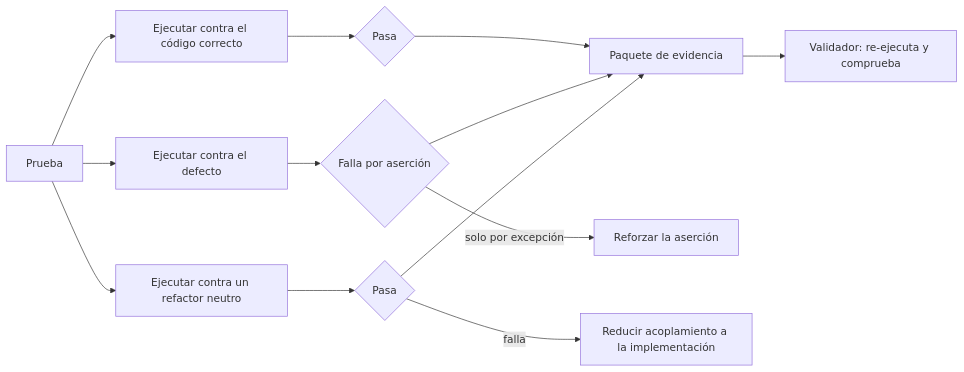
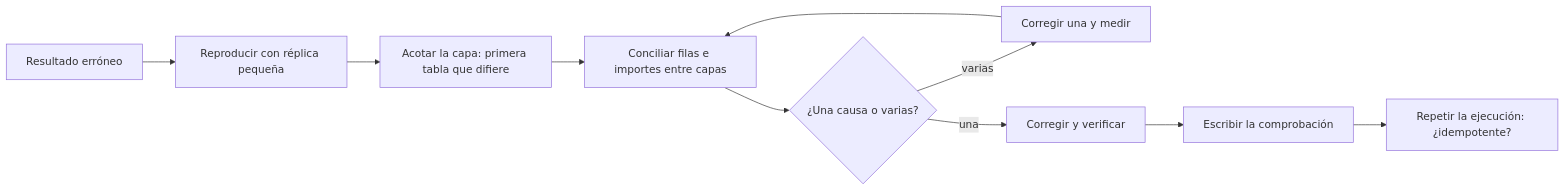
The diagram in content/part-30/SE-371.md (vladimiracunadev-create/modern-software-engineering-program), drawn with Mermaid before and after one commit. The commit also changed other lines of this file and 5193 other files, not shown here.

````diff
--- a/content/part-30/SE-371.md
+++ b/content/part-30/SE-371.md
@@ -56,15 +56,12 @@
 ```mermaid
 flowchart LR
-    A[Prueba] --> B[Ejecutar contra el código correcto]
-    A --> C[Ejecutar contra el defecto]
-    A --> D[Ejecutar contra un refactor neutro]
-    B --> E{Pasa}
-    C --> F{Falla por aserción}
-    D --> G{Pasa}
-    E --> H[Paquete de evidencia]
-    F --> H
-    G --> H
-    H --> I[Validador: re-ejecuta y comprueba]
-    F -->|solo por excepción| J[Reforzar la aserción]
-    G -->|falla| K[Reducir acoplamiento a la implementación]
+    A[Resultado erróneo] --> B[Reproducir con réplica pequeña]
+    B --> C[Acotar la capa: primera tabla que difiere]
+    C --> D[Conciliar filas e importes entre capas]
+    D --> E{¿Una causa o varias?}
+    E -->|varias| F[Corregir una y medir]
+    F --> D
+    E -->|una| G[Corregir y verificar]
+    G --> H[Escribir la comprobación]
+    H --> I[Repetir la ejecución: ¿idempotente?]
 ```
````
